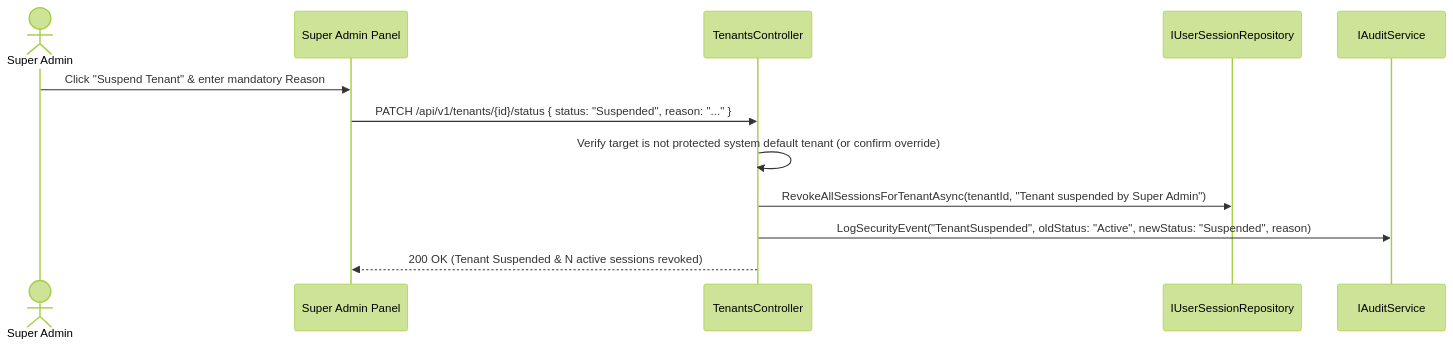
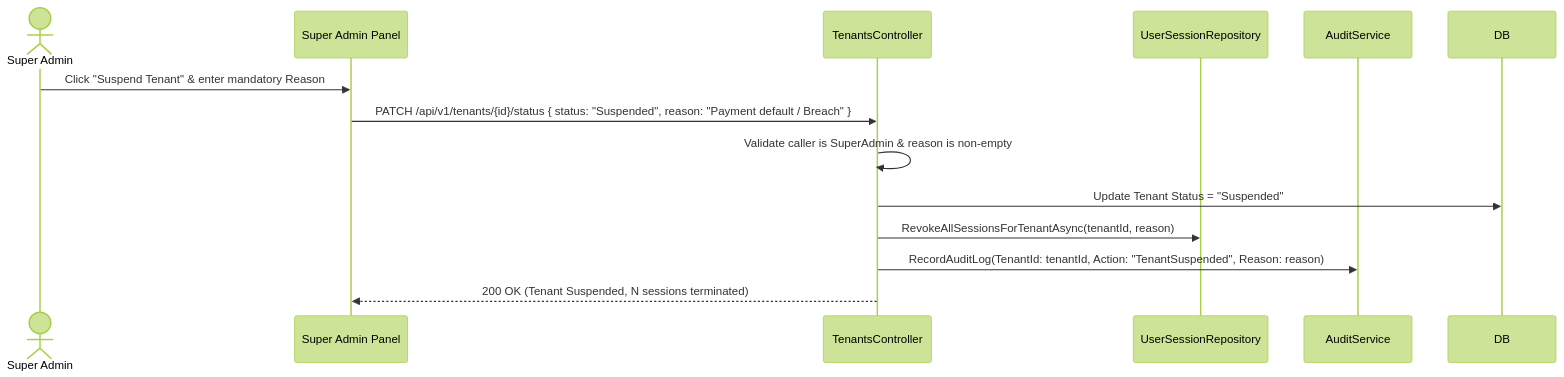
Before and after one commit to PirnavAdmin/IBMS: the fourth of 6 diagrams in docs/IBMS_Super_Admin_Role_Requirements.md, drawn with Mermaid (forest theme). The commit also changed other lines of this file and 30 other files, not shown here.

````diff
--- a/docs/IBMS_Super_Admin_Role_Requirements.md
+++ b/docs/IBMS_Super_Admin_Role_Requirements.md
@@ -296,15 +495,16 @@
 ```mermaid
 sequenceDiagram
     actor SA as Super Admin
     participant UI as Super Admin Panel
-    participant API as TenantsController
-    participant SessionRepo as IUserSessionRepository
-    participant Audit as IAuditService
+    participant TC as TenantsController
+    participant SR as UserSessionRepository
+    participant AL as AuditService
 
     SA->>UI: Click "Suspend Tenant" & enter mandatory Reason
-    UI->>API: PATCH /api/v1/tenants/{id}/status { status: "Suspended", reason: "..." }
-    API->>API: Verify target is not protected system default tenant (or confirm override)
-    API->>SessionRepo: RevokeAllSessionsForTenantAsync(tenantId, "Tenant suspended by Super Admin")
-    API->>Audit: LogSecurityEvent("TenantSuspended", oldStatus: "Active", newStatus: "Suspended", reason)
-    API-->>UI: 200 OK (Tenant Suspended & N active sessions revoked)
+    UI->>TC: PATCH /api/v1/tenants/{id}/status { status: "Suspended", reason: "Payment default / Breach" }
+    TC->>TC: Validate caller is SuperAdmin & reason is non-empty
+    TC->>DB: Update Tenant Status = "Suspended"
+    TC->>SR: RevokeAllSessionsForTenantAsync(tenantId, reason)
+    TC->>AL: RecordAuditLog(TenantId: tenantId, Action: "TenantSuspended", Reason: reason)
+    TC-->>UI: 200 OK (Tenant Suspended, N sessions terminated)
 ```
````
